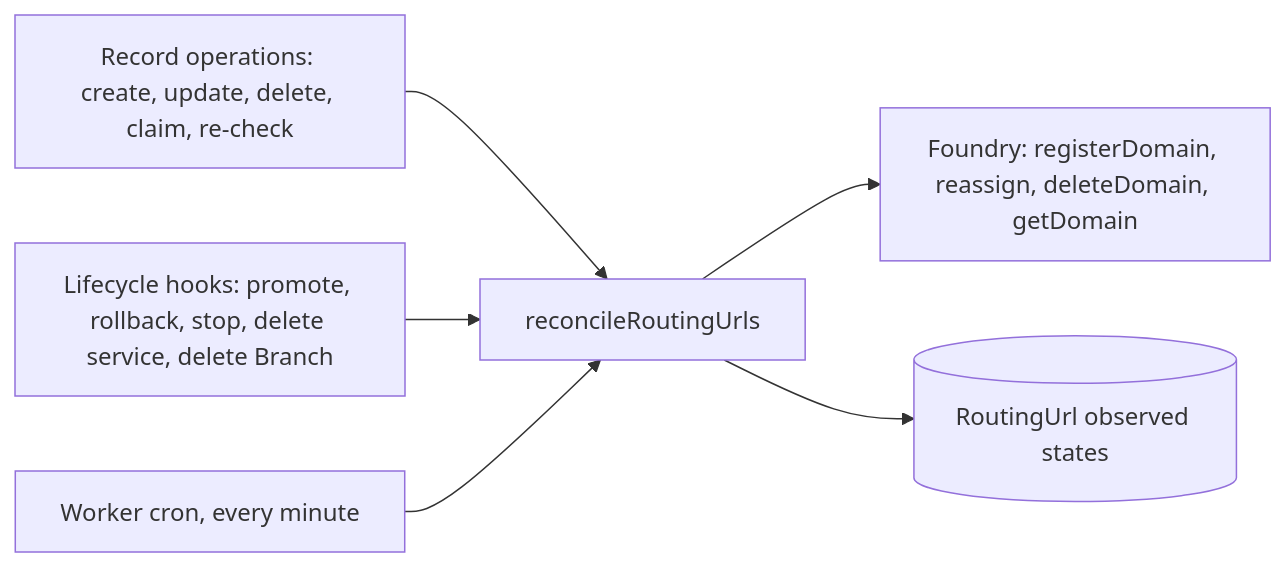
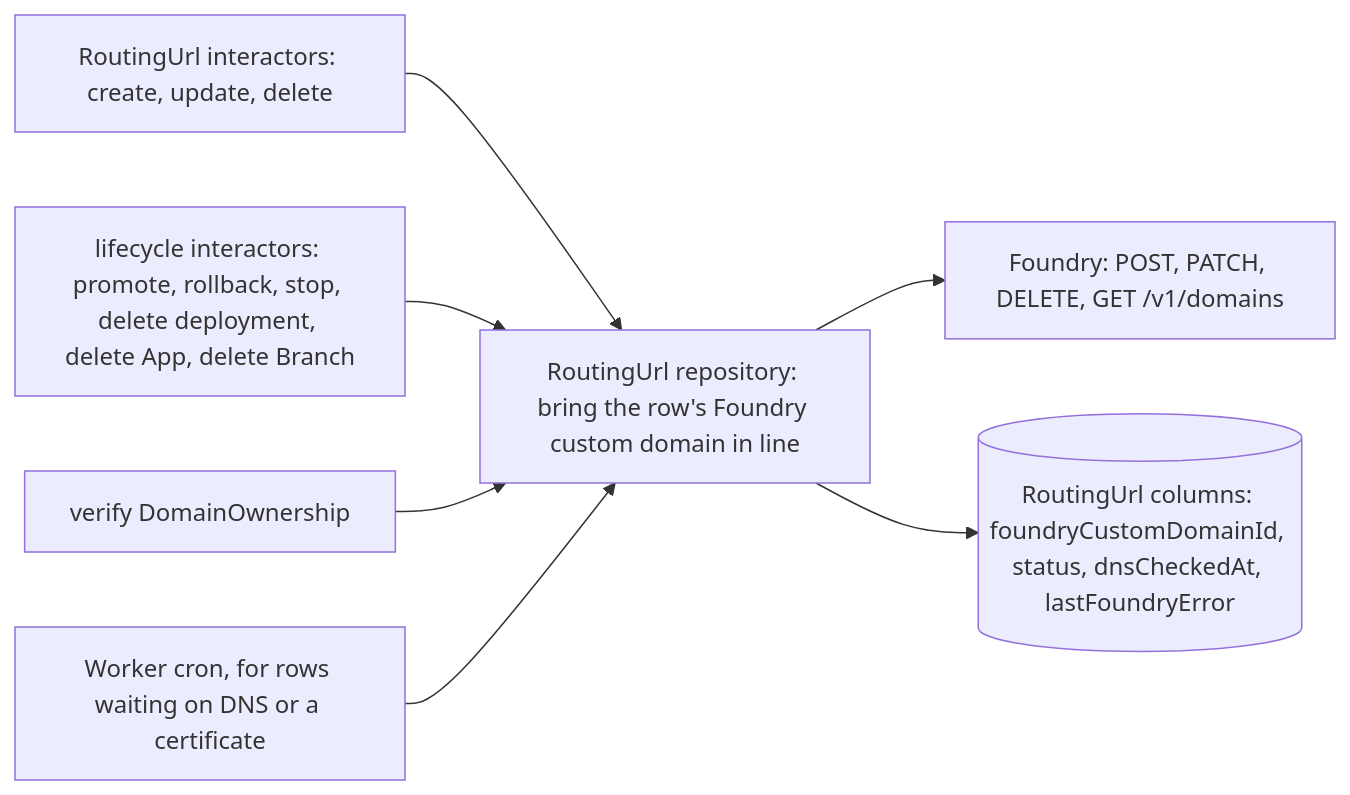
The diagram in docs/design/05-prisma-cloud/public-urls/platform-routing-url-lifecycle.md (prisma/composer), drawn with Mermaid before and after one commit. The commit also changed other lines of this file and 8 other files, not shown here.

Commit message:
docs(design): the RoutingUrl repository keeps Foundry consistent; Foundry's words throughout

````diff
--- a/docs/design/05-prisma-cloud/public-urls/platform-routing-url-lifecycle.md
+++ b/docs/design/05-prisma-cloud/public-urls/platform-routing-url-lifecycle.md
@@ -9,8 +9,9 @@
 ```mermaid
 flowchart LR
-  Ops[Record operations: create, update, delete, claim, re-check] --> R[reconcileRoutingUrls]
-  Hooks[Lifecycle hooks: promote, rollback, stop, delete service, delete Branch] --> R
-  Cron[Worker cron, every minute] --> R
-  R --> F[Foundry: registerDomain, reassign, deleteDomain, getDomain]
-  R --> Row[(RoutingUrl observed states)]
+  Ops["RoutingUrl interactors: create, update, delete"] --> Repo["RoutingUrl repository: bring the row's Foundry custom domain in line"]
+  Hooks["lifecycle interactors: promote, rollback, stop, delete deployment, delete App, delete Branch"] --> Repo
+  Verify["verify DomainOwnership"] --> Repo
+  Cron["Worker cron, for rows waiting on DNS or a certificate"] --> Repo
+  Repo --> F["Foundry: POST, PATCH, DELETE, GET /v1/domains"]
+  Repo --> Row[("RoutingUrl columns: foundryCustomDomainId, status, dnsCheckedAt, lastFoundryError")]
 ```
````
